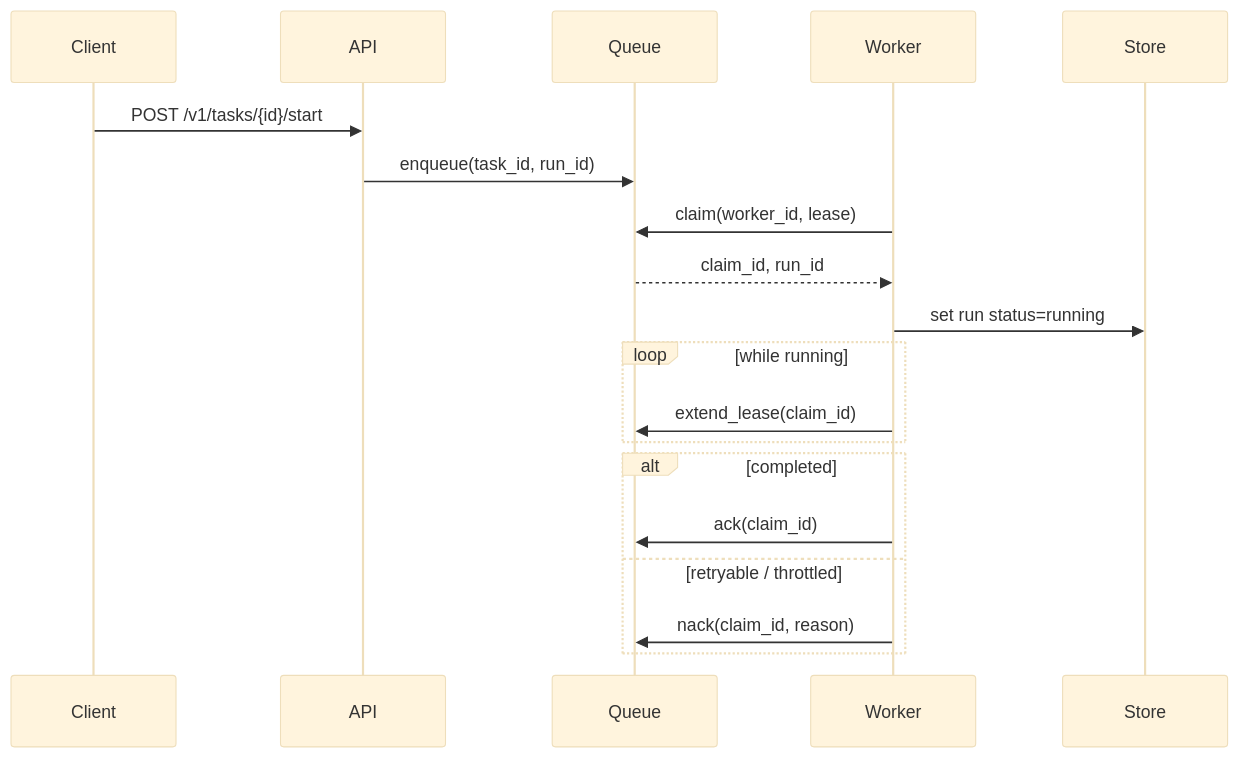
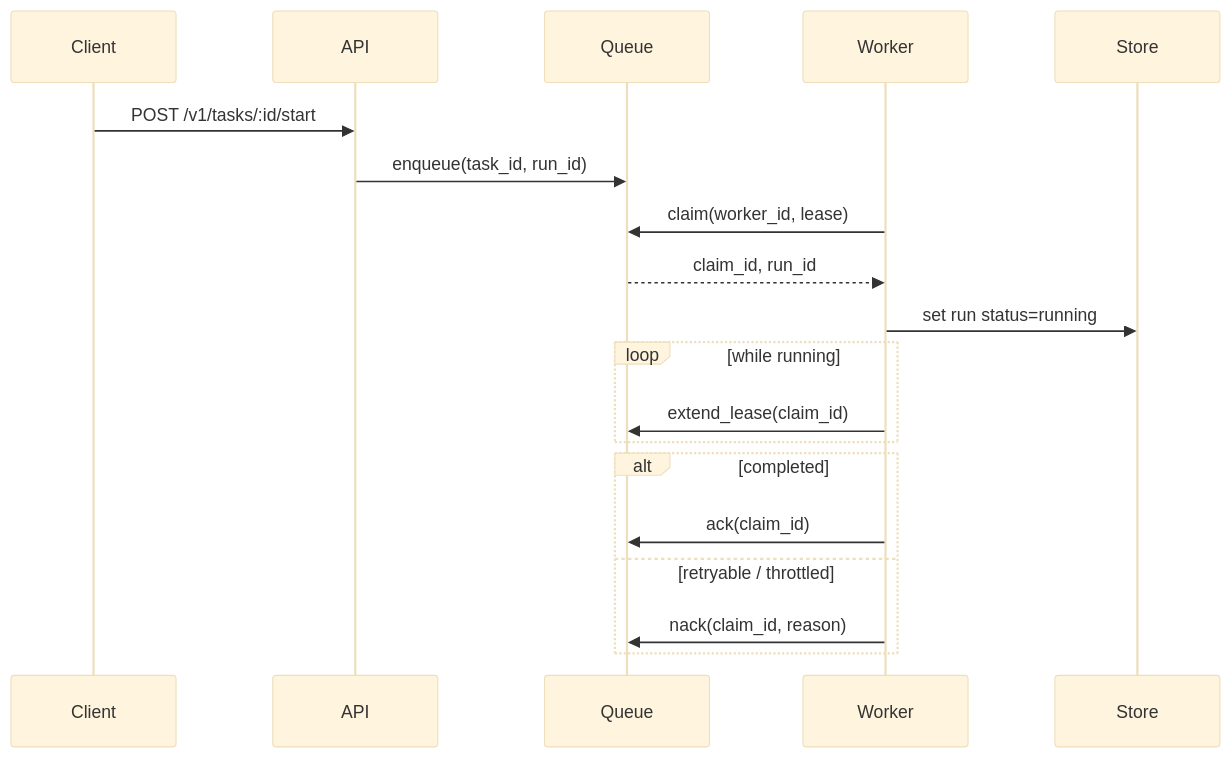
The diagram in docs/runtime-api.md (hecatehq/hecate), drawn with Mermaid (base theme) before and after one commit. The commit also changed 4 other files, not shown here.

First line of the commit message:
ci: add Go Mermaid linter to Links workflow

````diff
--- a/docs/runtime-api.md
+++ b/docs/runtime-api.md
@@ -177,21 +177,21 @@
 ```mermaid
 sequenceDiagram
     participant Client
     participant API
     participant Queue
     participant Worker
     participant Store
-    Client->>API: POST /v1/tasks/{id}/start
+    Client->>API: POST /v1/tasks/:id/start
     API->>Queue: enqueue(task_id, run_id)
     Worker->>Queue: claim(worker_id, lease)
     Queue-->>Worker: claim_id, run_id
     Worker->>Store: set run status=running
     loop while running
       Worker->>Queue: extend_lease(claim_id)
     end
     alt completed
       Worker->>Queue: ack(claim_id)
     else retryable / throttled
       Worker->>Queue: nack(claim_id, reason)
     end
 ```
````
